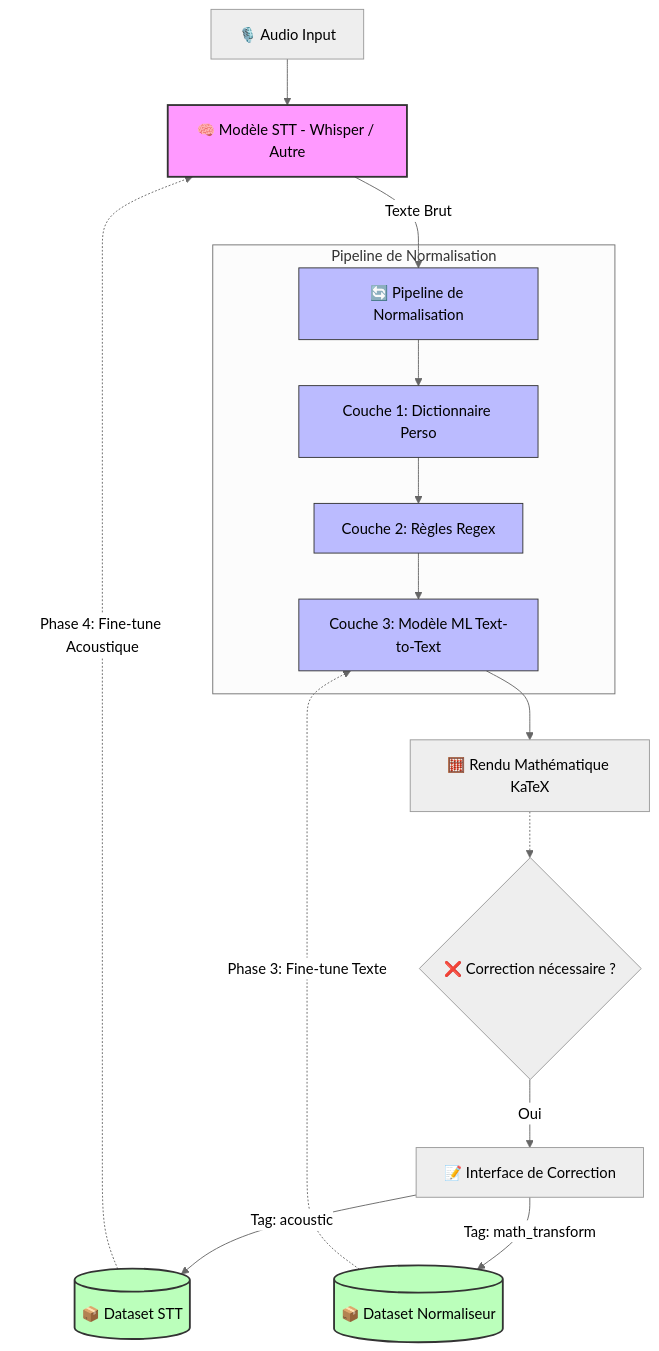
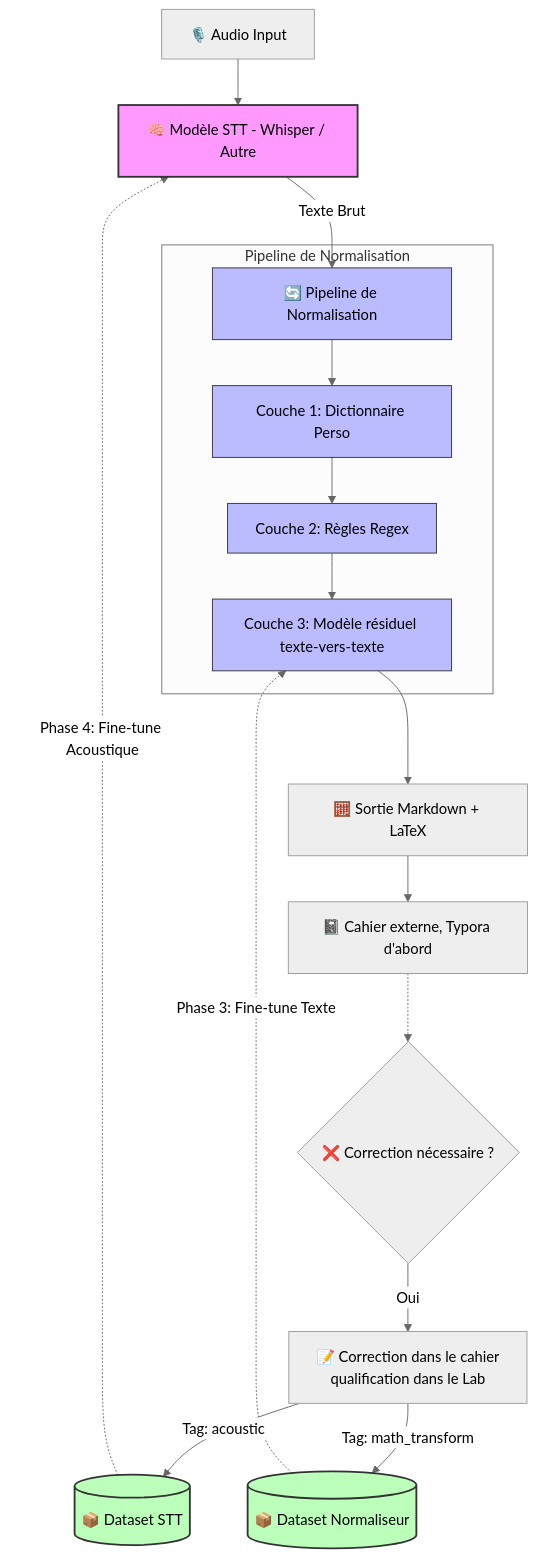
Before and after one commit to sensopensource/DicTeX: the diagram in pivot_strategique_stt_normalisation.md, drawn with Mermaid (neutral theme). The commit also changed other lines of this file and 17 other files, not shown here.

````diff
--- a/pivot_strategique_stt_normalisation.md
+++ b/pivot_strategique_stt_normalisation.md
@@ -13,36 +20,37 @@
 ```mermaid
 graph TD
     %% Inputs
     A[🎙️ Audio Input] --> B[🧠 Modèle STT - Whisper / Autre]
     
     %% Main Flow
     B -->|Texte Brut| C[🔄 Pipeline de Normalisation]
     
     subgraph Pipeline de Normalisation
         C --> D[Couche 1: Dictionnaire Perso]
         D --> E[Couche 2: Règles Regex]
-        E --> F[Couche 3: Modèle ML Text-to-Text]
+        E --> F[Couche 3: Modèle résiduel texte-vers-texte]
     end
     
-    F --> G[🧮 Rendu Mathématique KaTeX]
+    F --> G[🧮 Sortie Markdown + LaTeX]
+    G --> N[📓 Cahier externe, Typora d'abord]
     
     %% Feedback Loop / Data Collection
-    G -.-> H{❌ Correction nécessaire ?}
-    H -->|Oui| I[📝 Interface de Correction]
+    N -.-> H{❌ Correction nécessaire ?}
+    H -->|Oui| I[📝 Correction dans le cahier<br/>qualification dans le Lab]
     
     %% Data Splitting
     I -->|Tag: acoustic| J[(📦 Dataset STT)]
     I -->|Tag: math_transform| K[(📦 Dataset Normaliseur)]
     
     %% Future Training Loops
     J -.->|Phase 4: Fine-tune Acoustique| B
     K -.->|Phase 3: Fine-tune Texte| F
     
     %% Styling
     classDef stt fill:#f9f,stroke:#333,stroke-width:2px;
     classDef norm fill:#bbf,stroke:#333,stroke-width:1px;
     classDef data fill:#bfb,stroke:#333,stroke-width:2px;
     class B stt;
     class C,D,E,F norm;
     class J,K data;
 ```
````
